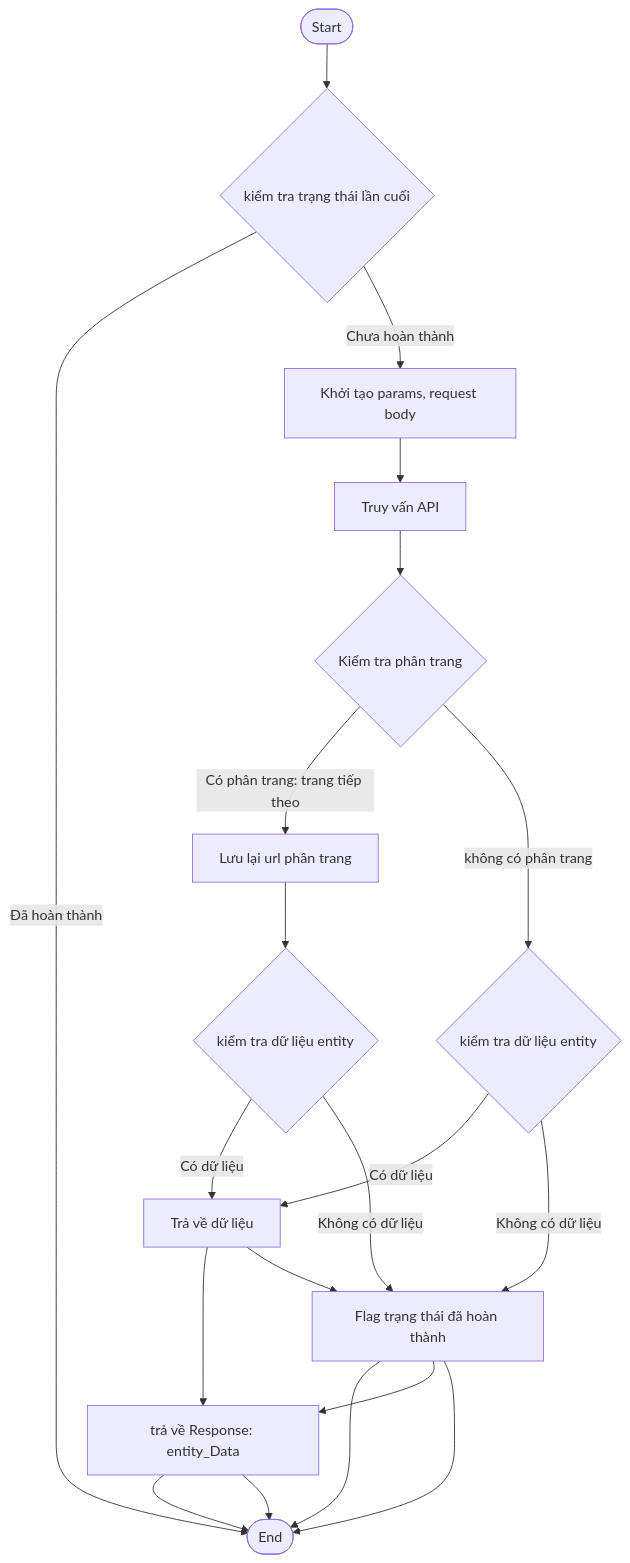
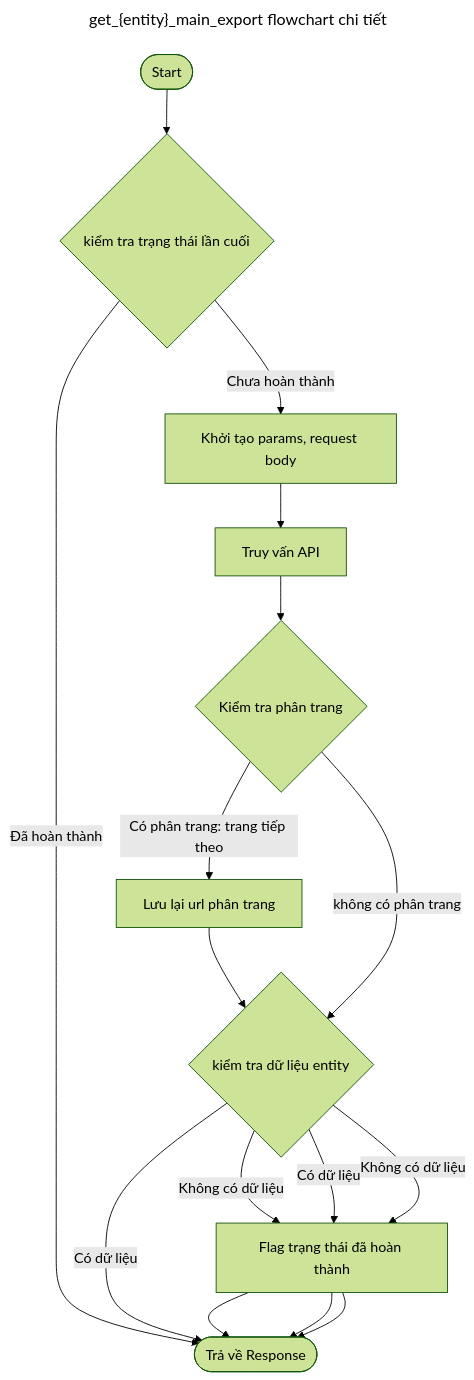
One commit to WuzenLiz/markdown changed the sixth of 6 diagrams in pseudoAllFunction.md. Above: the diagram before and after it, drawn with Mermaid.

Commit message:
update graph

````diff
--- a/pseudoAllFunction.md
+++ b/pseudoAllFunction.md
@@ -74,14 +74,19 @@
     ```mermaid
-    %%{init: {"flowchart": {"htmlLabels": Xử lý chi tiết}} }%%
+    ---
+        title: get_{entity}_main_export flowchart chi tiết
+        config: 
+            theme: forest
+            curve: basis 
+    ---
     flowchart TD
     START([Start])-->A{kiểm tra trạng thái lần cuối}
-    A --> |Đã hoàn thành| End([End])
+    A --> |Đã hoàn thành| End([Trả về Response])
     A --> |Chưa hoàn thành| B[Khởi tạo params, request body]
     B --> C[Truy vấn API] --> D{Kiểm tra phân trang}
     D --> |Có phân trang: trang tiếp theo| E[Lưu lại url phân trang] --> F1{kiểm tra dữ liệu entity}
-    D --> |không có phân trang| F2{kiểm tra dữ liệu entity} 
-    F1 --> |Có dữ liệu| F[Trả về dữ liệu] --> H[trả về Response: entity_Data] --> End
+    D --> |không có phân trang| F1{kiểm tra dữ liệu entity} 
+    F1 --> |Có dữ liệu| End
     F1 --> |Không có dữ liệu| G[Flag trạng thái đã hoàn thành] --> End
-    F2 --> |Có dữ liệu| F[Trả về dữ liệu] --> G[Flag trạng thái đã hoàn thành] --> H[trả về Response: entity_Data] --> End
-    F2 --> |Không có dữ liệu| G[Flag trạng thái đã hoàn thành] --> End
+    F1 --> |Có dữ liệu| G[Flag trạng thái đã hoàn thành] --> End
+    F1 --> |Không có dữ liệu| G[Flag trạng thái đã hoàn thành] --> End
     ```
````
